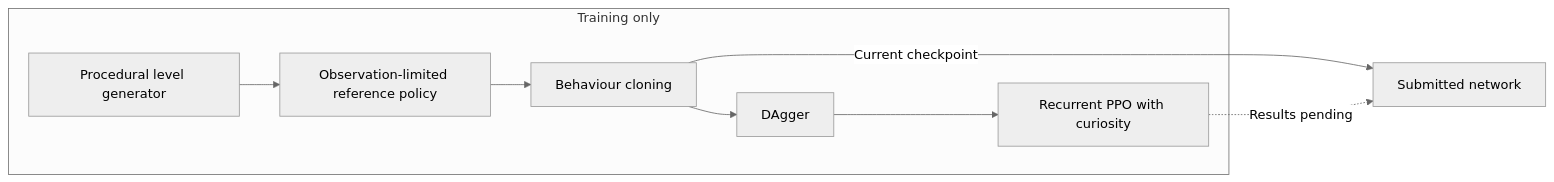
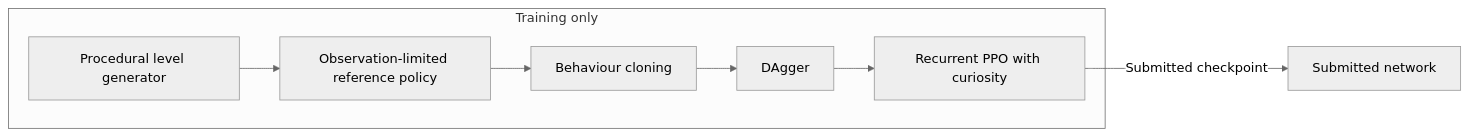
The diagram in README.md (c-varun14/naksha), drawn with Mermaid (neutral theme) before and after one commit. The commit also changed other lines of this file, not shown here.

First line of the commit message:
README: results for the submitted PPO checkpoint on the sealed holdout

````diff
--- a/README.md
+++ b/README.md
@@ -28,11 +28,10 @@
 ```mermaid
 flowchart LR
     subgraph Training["Training only"]
         Gen["Procedural level generator"] --> Ref["Observation-limited reference policy"]
         Ref --> BC["Behaviour cloning"]
         BC --> DAgger["DAgger"]
         DAgger --> PPO["Recurrent PPO with curiosity"]
     end
-    BC -->|Current checkpoint| Agent["Submitted network"]
-    PPO -. Results pending .-> Agent
+    PPO -->|Submitted checkpoint| Agent["Submitted network"]
 ```
````
